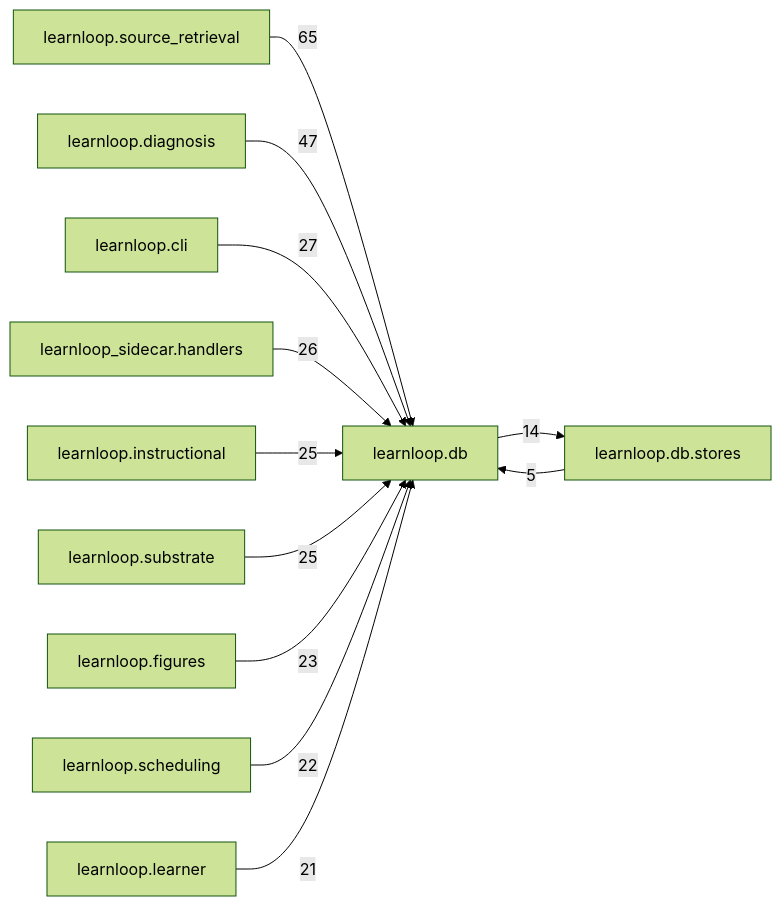
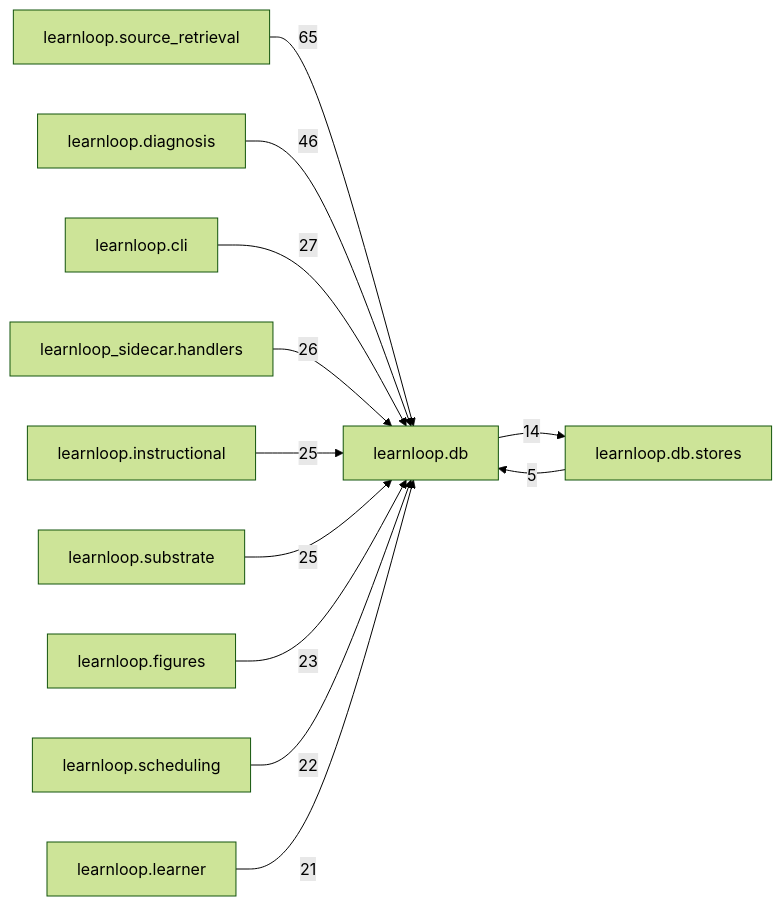
Before and after one commit to 6up-b/learnanything: the diagram in docs/learnloop-architecture-vault/Reference/Modules/learnloop/db/_package.md, drawn with Mermaid (forest theme). The commit also changed other lines of this file and 32 other files, not shown here.

````diff
--- a/docs/learnloop-architecture-vault/Reference/Modules/learnloop/db/_package.md
+++ b/docs/learnloop-architecture-vault/Reference/Modules/learnloop/db/_package.md
@@ -138,25 +138,25 @@
 ```mermaid
 flowchart LR
     center["learnloop.db"]
     n_learnloop_source_retrieval["learnloop.source_retrieval"]
     n_learnloop_diagnosis["learnloop.diagnosis"]
     n_learnloop_cli["learnloop.cli"]
     n_learnloop_sidecar_handlers["learnloop_sidecar.handlers"]
     n_learnloop_instructional["learnloop.instructional"]
     n_learnloop_substrate["learnloop.substrate"]
     n_learnloop_figures["learnloop.figures"]
     n_learnloop_scheduling["learnloop.scheduling"]
     n_learnloop_learner["learnloop.learner"]
     n_learnloop_db_stores["learnloop.db.stores"]
     n_learnloop_source_retrieval -->|65| center
-    n_learnloop_diagnosis -->|47| center
+    n_learnloop_diagnosis -->|46| center
     n_learnloop_cli -->|27| center
     n_learnloop_sidecar_handlers -->|26| center
     n_learnloop_instructional -->|25| center
     n_learnloop_substrate -->|25| center
     n_learnloop_figures -->|23| center
     n_learnloop_scheduling -->|22| center
     n_learnloop_learner -->|21| center
     n_learnloop_db_stores -->|5| center
     center -->|14| n_learnloop_db_stores
 ```
````
